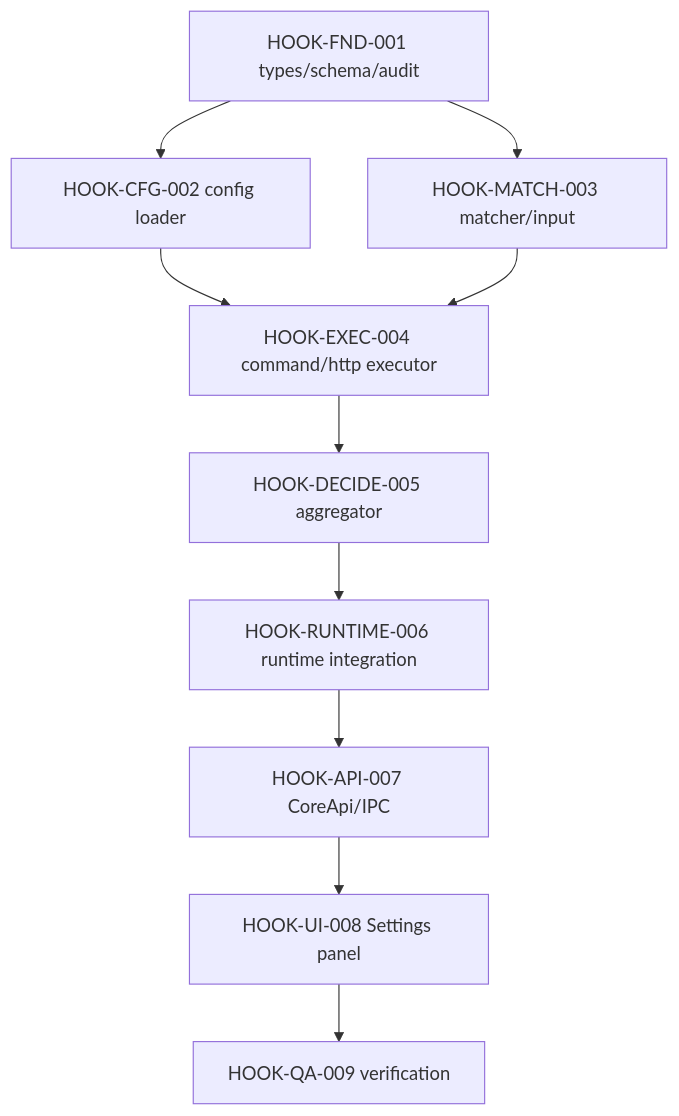
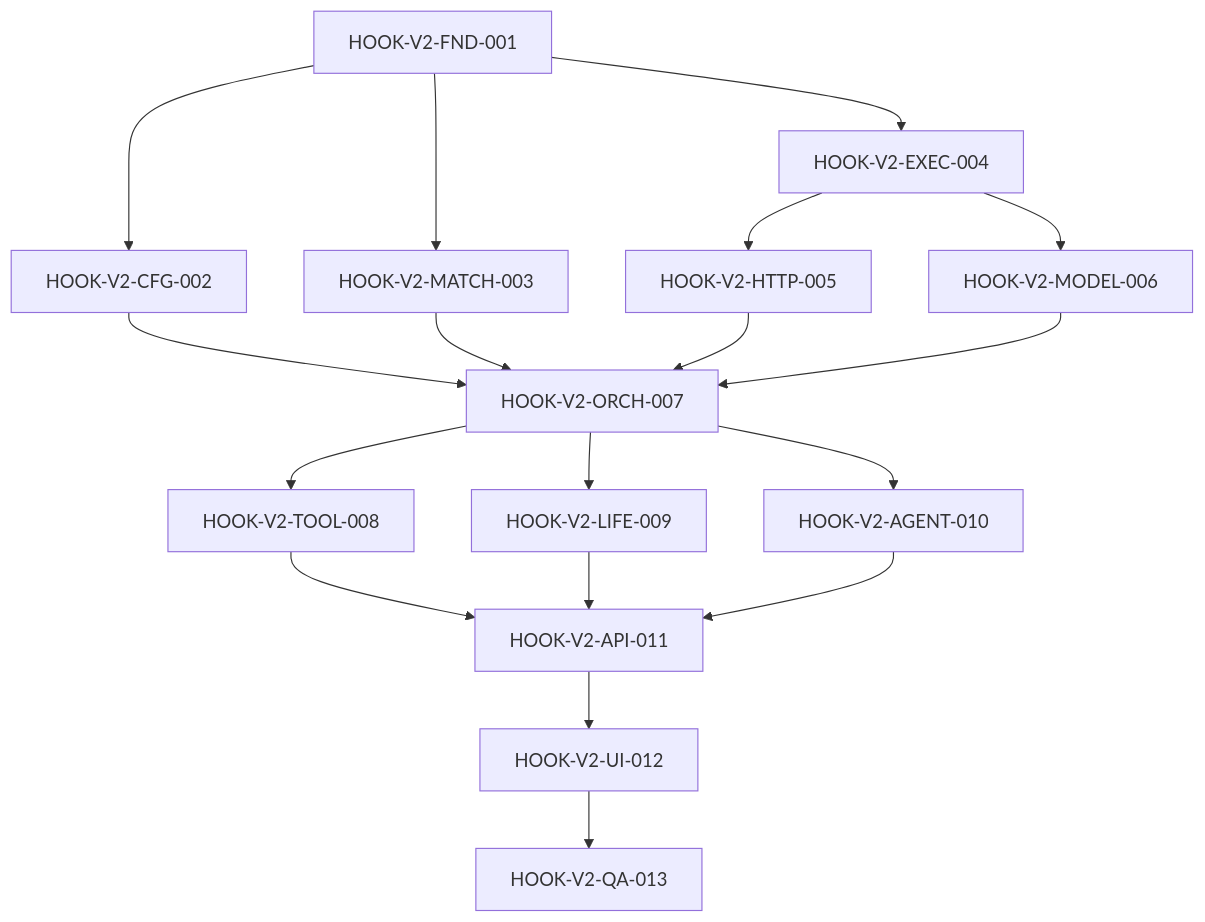
The second of 2 diagrams in docs/superpowers/plans/2026-07-07-agent-hooks-implementation.md (tismagic/emperor-agent), drawn with Mermaid before and after one commit. The commit also changed other lines of this file and 114 other files, not shown here.

````diff
--- a/docs/superpowers/plans/2026-07-07-agent-hooks-implementation.md
+++ b/docs/superpowers/plans/2026-07-07-agent-hooks-implementation.md
@@ -129,12 +414,20 @@
 ```mermaid
 flowchart TD
-  T1["HOOK-FND-001 types/schema/audit"] --> T2["HOOK-CFG-002 config loader"]
-  T1 --> T3["HOOK-MATCH-003 matcher/input"]
-  T2 --> T4["HOOK-EXEC-004 command/http executor"]
-  T3 --> T4
-  T4 --> T5["HOOK-DECIDE-005 aggregator"]
-  T5 --> T6["HOOK-RUNTIME-006 runtime integration"]
-  T6 --> T7["HOOK-API-007 CoreApi/IPC"]
-  T7 --> T8["HOOK-UI-008 Settings panel"]
-  T8 --> T9["HOOK-QA-009 verification"]
+  FND["HOOK-V2-FND-001"] --> CFG["HOOK-V2-CFG-002"]
+  FND --> MATCH["HOOK-V2-MATCH-003"]
+  FND --> EXEC["HOOK-V2-EXEC-004"]
+  CFG --> ORCH["HOOK-V2-ORCH-007"]
+  MATCH --> ORCH
+  EXEC --> HTTP["HOOK-V2-HTTP-005"]
+  EXEC --> MODEL["HOOK-V2-MODEL-006"]
+  HTTP --> ORCH
+  MODEL --> ORCH
+  ORCH --> TOOL["HOOK-V2-TOOL-008"]
+  ORCH --> LIFE["HOOK-V2-LIFE-009"]
+  ORCH --> AGENT["HOOK-V2-AGENT-010"]
+  TOOL --> API["HOOK-V2-API-011"]
+  LIFE --> API
+  AGENT --> API
+  API --> UI["HOOK-V2-UI-012"]
+  UI --> QA["HOOK-V2-QA-013"]
 ```
````
